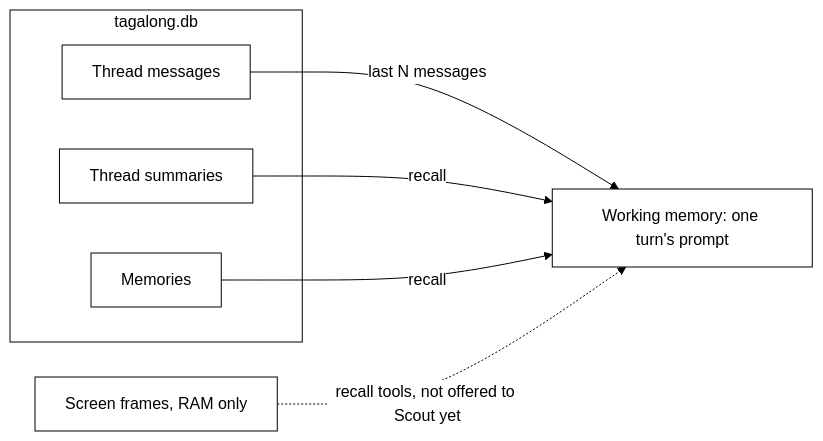
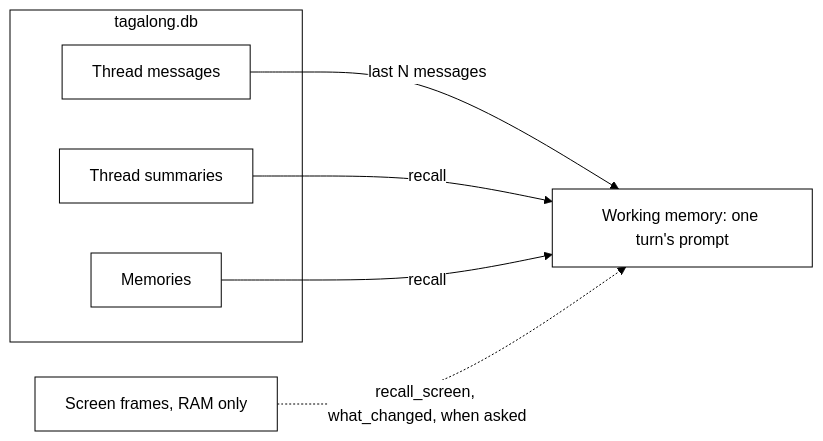
The diagram in docs/concepts/memory.md (nadeem4/tagalong), drawn with Mermaid before and after one commit. The commit also changed other lines of this file and 9 other files, not shown here.

First line of the commit message:
feat(core): give Scout the watch and screen-memory tools (#97)

````diff
--- a/docs/concepts/memory.md
+++ b/docs/concepts/memory.md
@@ -22,15 +22,15 @@
 ```mermaid
 %%{init: {"theme": "base", "themeVariables": {"primaryColor": "#ffffff", "primaryTextColor": "#000000", "primaryBorderColor": "#000000", "lineColor": "#000000", "secondaryColor": "#ffffff", "tertiaryColor": "#ffffff", "background": "#ffffff", "clusterBkg": "#ffffff", "clusterBorder": "#000000"}}}%%
 flowchart LR
   subgraph Stored["tagalong.db"]
     T["Thread messages"]
     S["Thread summaries"]
     P["Memories"]
   end
   R["Screen frames, RAM only"]
   W["Working memory: one turn's prompt"]
   T -- "last N messages" --> W
   S -- "recall" --> W
   P -- "recall" --> W
-  R -. "recall tools, not offered to Scout yet" .-> W
+  R -. "recall_screen, what_changed, when asked" .-> W
 ```
````
